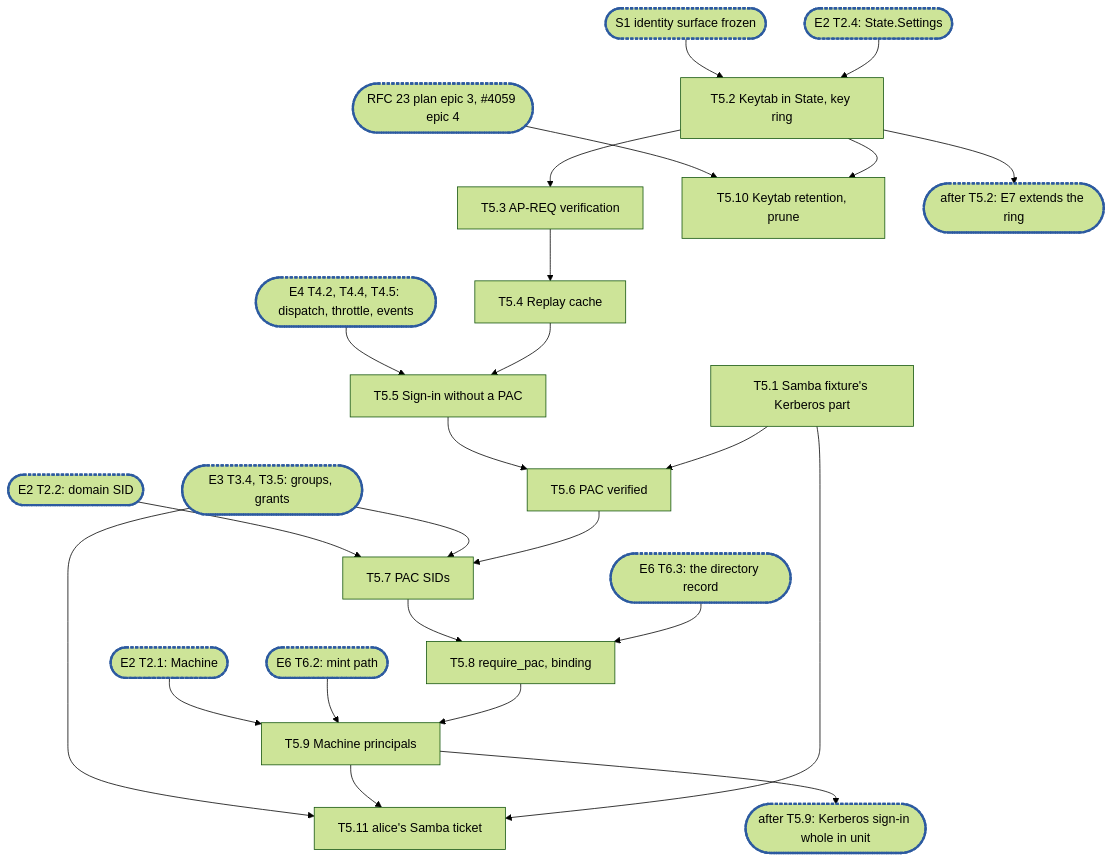
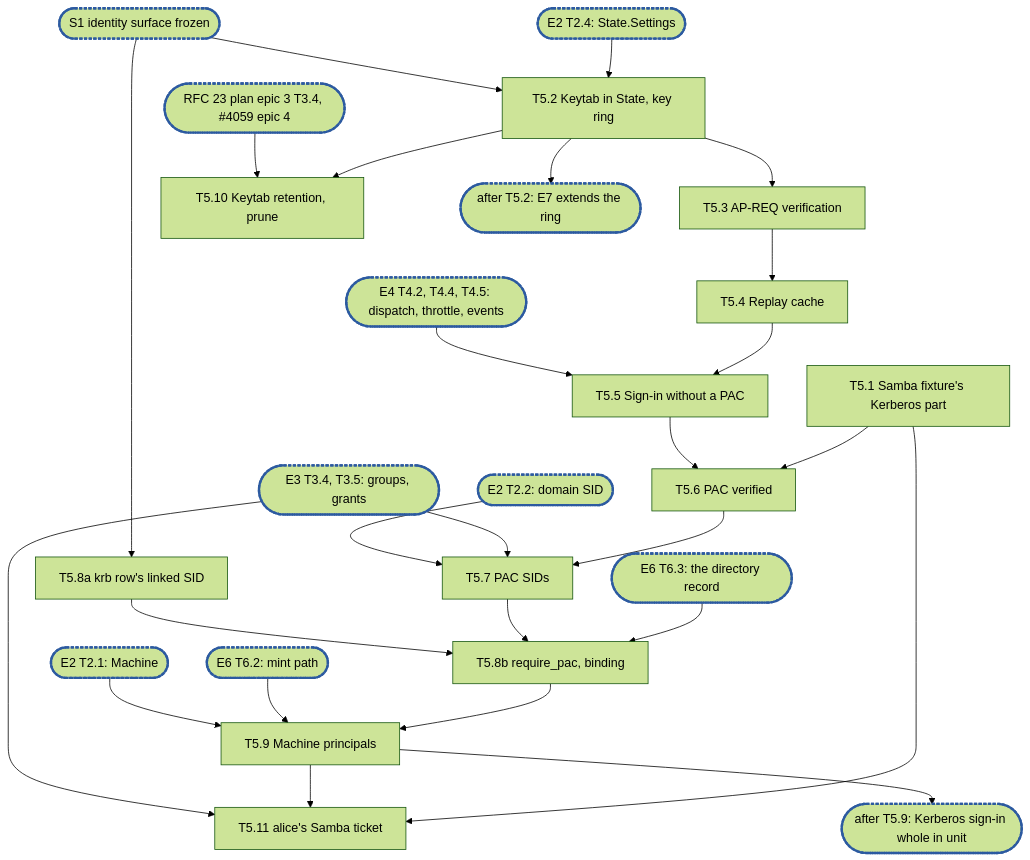
One commit to cubbit/dittofs changed the diagram in docs/internals/planning/rfc-18-identity-epic5.md. Above: the diagram before and after it, drawn with Mermaid (forest theme). The commit also changed other lines of this file, not shown here.

Commit message:
docs(planning): fold Marco's review into RFC 18 epic 5

````diff
--- a/docs/internals/planning/rfc-18-identity-epic5.md
+++ b/docs/internals/planning/rfc-18-identity-epic5.md
@@ -742,26 +784,28 @@
 ```mermaid
 flowchart TD
   S1(["S1 identity surface frozen"]):::sync --> T5_2["T5.2 Keytab in State, key ring"]
   X2a(["E2 T2.4: State.Settings"]):::sync --> T5_2
   T5_1["T5.1 Samba fixture's Kerberos part"]
   T5_2 --> T5_3["T5.3 AP-REQ verification"] --> T5_4["T5.4 Replay cache"]
   X4(["E4 T4.2, T4.4, T4.5: dispatch, throttle, events"]):::sync --> T5_5
   T5_4 --> T5_5["T5.5 Sign-in without a PAC"]
   T5_5 --> T5_6["T5.6 PAC verified"]
   T5_1 --> T5_6
   X2b(["E2 T2.2: domain SID"]):::sync --> T5_7
   X3(["E3 T3.4, T3.5: groups, grants"]):::sync --> T5_7
   X3 --> T5_11
-  T5_6 --> T5_7["T5.7 PAC SIDs"] --> T5_8["T5.8 require_pac, binding"]
-  X6a(["E6 T6.3: the directory record"]):::sync --> T5_8
+  S1 --> T5_8a["T5.8a krb row's linked SID"]
+  T5_8a --> T5_8b
+  T5_6 --> T5_7["T5.7 PAC SIDs"] --> T5_8b["T5.8b require_pac, binding"]
+  X6a(["E6 T6.3: the directory record"]):::sync --> T5_8b
   X2c(["E2 T2.1: Machine"]):::sync --> T5_9
   X6b(["E6 T6.2: mint path"]):::sync --> T5_9
-  T5_8 --> T5_9["T5.9 Machine principals"]
-  X1(["RFC 23 plan epic 3, #4059 epic 4"]):::sync --> T5_10
+  T5_8b --> T5_9["T5.9 Machine principals"]
+  X1(["RFC 23 plan epic 3 T3.4, #4059 epic 4"]):::sync --> T5_10
   T5_2 --> T5_10["T5.10 Keytab retention, prune"]
   T5_9 --> T5_11["T5.11 alice's Samba ticket"]
   T5_1 --> T5_11
   T5_2 --> C1(["after T5.2: E7 extends the ring"]):::sync
   T5_9 --> C2(["after T5.9: Kerberos sign-in whole in unit"]):::sync
   classDef sync stroke:#2c5aa0,stroke-width:3px,stroke-dasharray:4 2
 ```
````
